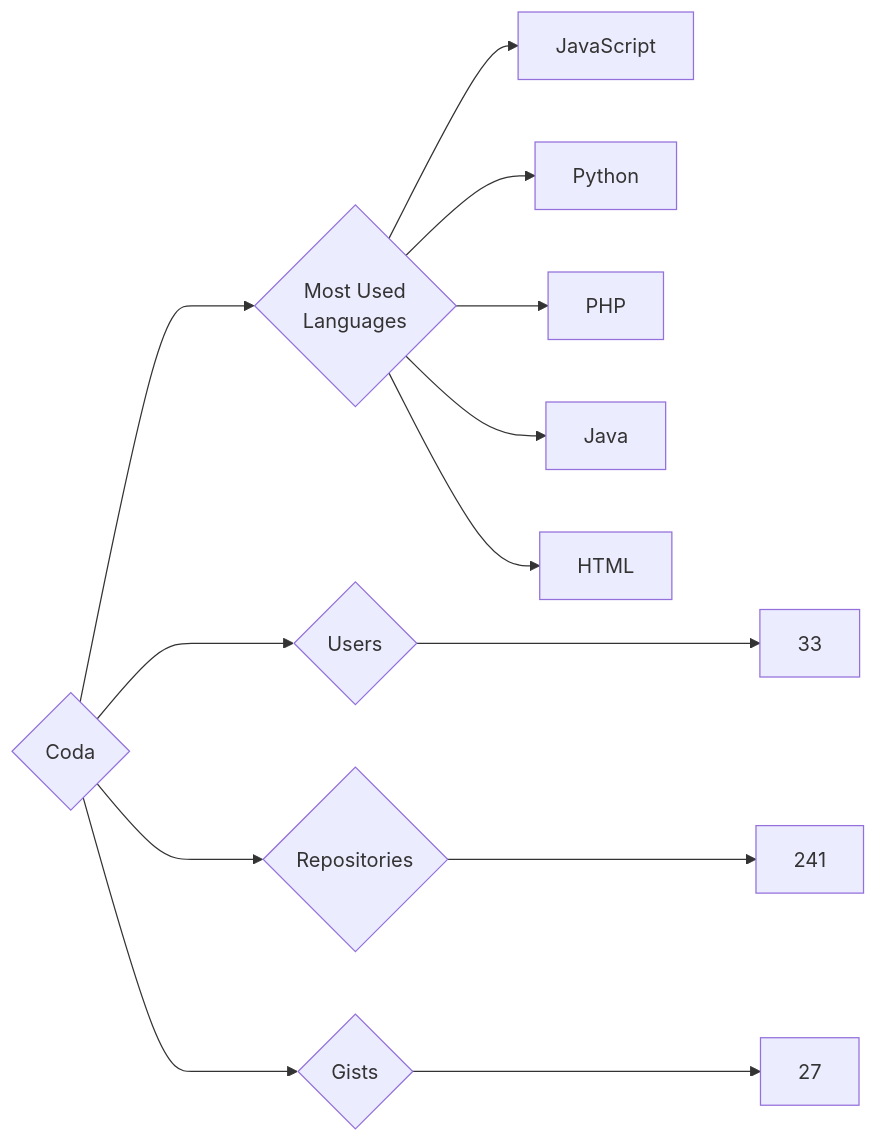
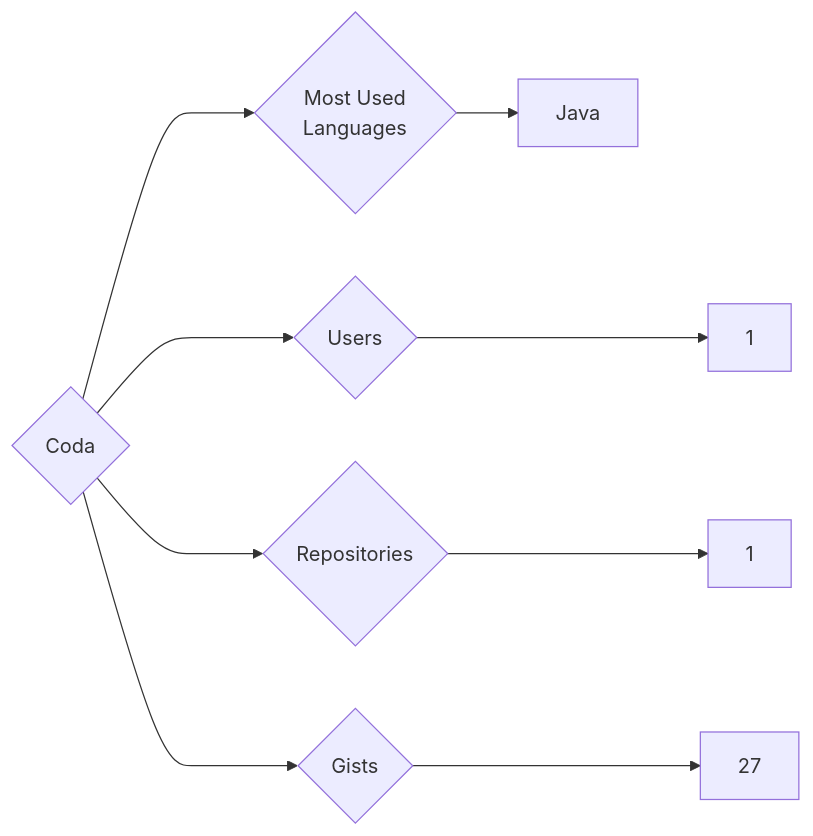
The diagram in targets/Coda/README.md (trickest/insiders), drawn with Mermaid before and after one commit. The commit also changed 614 other files, not shown here.

````diff
--- a/targets/Coda/README.md
+++ b/targets/Coda/README.md
@@ -3,13 +3,9 @@
 ```mermaid
 graph LR
 COMPANY_NAME{Coda}
-COMPANY_NAME ---> U{Users} ---> UN[33]
-COMPANY_NAME ---> R{Repositories} ---> RN[241]
+COMPANY_NAME ---> U{Users} ---> UN[1]
+COMPANY_NAME ---> R{Repositories} ---> RN[1]
 COMPANY_NAME ---> G{Gists} ---> GN[27]
 COMPANY_NAME ---> ML{Most Used<br>Languages}
-ML --> JavaScript[JavaScript]
-ML --> Python[Python]
-ML --> PHP[PHP]
 ML --> Java[Java]
-ML --> HTML[HTML]
 ```
````
